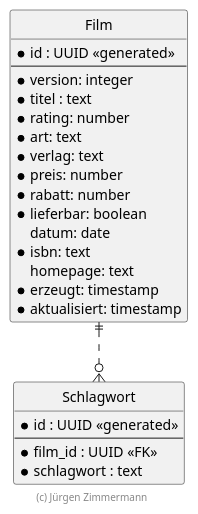
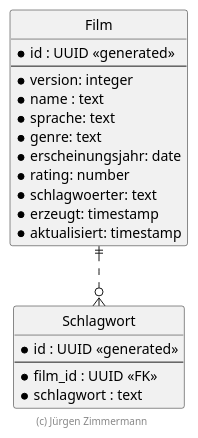
One commit to Yuszi/Film changed the diagram in .extras/doc/entwicklerhandbuch/ER-Diagramm.plantuml. Above: the diagram before and after it, drawn with PlantUML. The commit also changed 8 other files, not shown here.

Commit message:
plantuml logger und bugs

```diff
--- a/.extras/doc/entwicklerhandbuch/ER-Diagramm.plantuml
+++ b/.extras/doc/entwicklerhandbuch/ER-Diagramm.plantuml
@@ -18,38 +18,34 @@
 @startuml ER Diagramm
 
 ' hide the spot
 hide circle
 
 ' evtl. Prbleme mit Kraehenfuessen vermeiden
 skinparam linetype ortho
 
 entity "Film" {
   *id : UUID <<generated>>
   --
   *version: integer
-  *titel : text
+  *name : text
+  *sprache: text
+  *genre: text
+  *erscheinungsjahr: date
   *rating: number
-  *art: text
-  *verlag: text
-  *preis: number
-  *rabatt: number
-  *lieferbar: boolean
-  datum: date
-  *isbn: text
-  homepage: text
+  *schlagwoerter: text
   *erzeugt: timestamp
   *aktualisiert: timestamp
 }
 
 entity "Schlagwort" {
   *id : UUID <<generated>>
   --
   *film_id : UUID <<FK>>
   *schlagwort : text
 }
 
 Film ||..o{ Schlagwort
 
 footer (c) Jürgen Zimmermann
 
 @enduml
```
